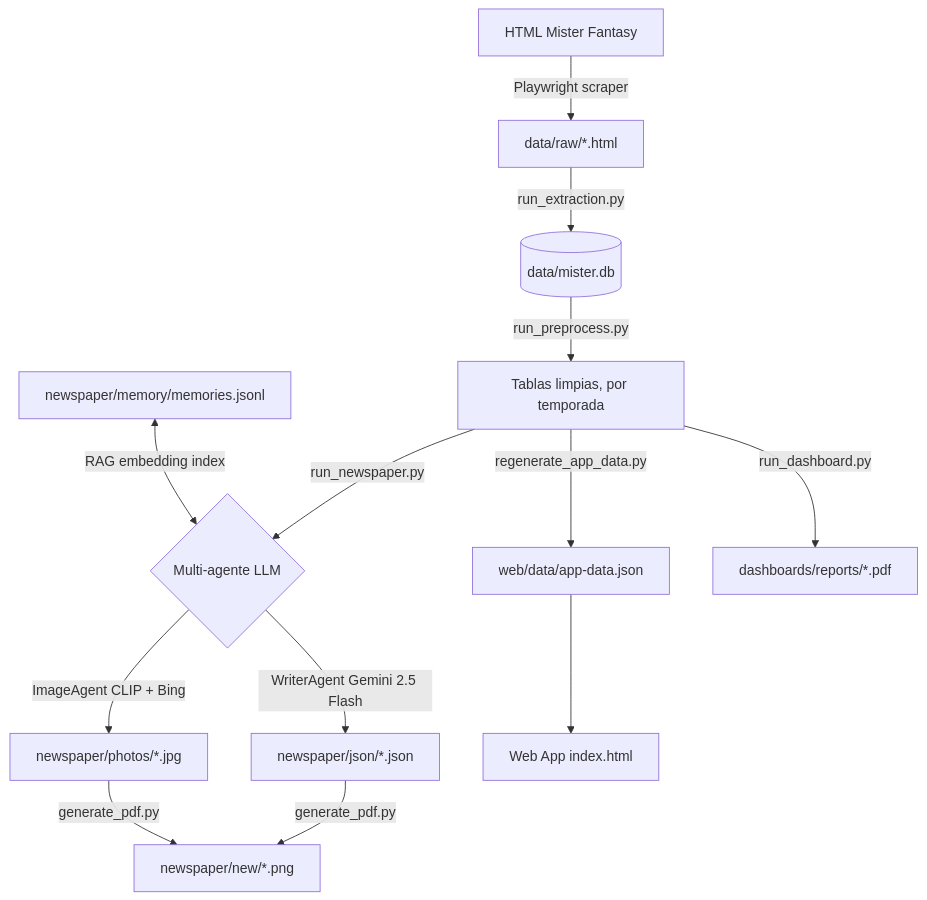
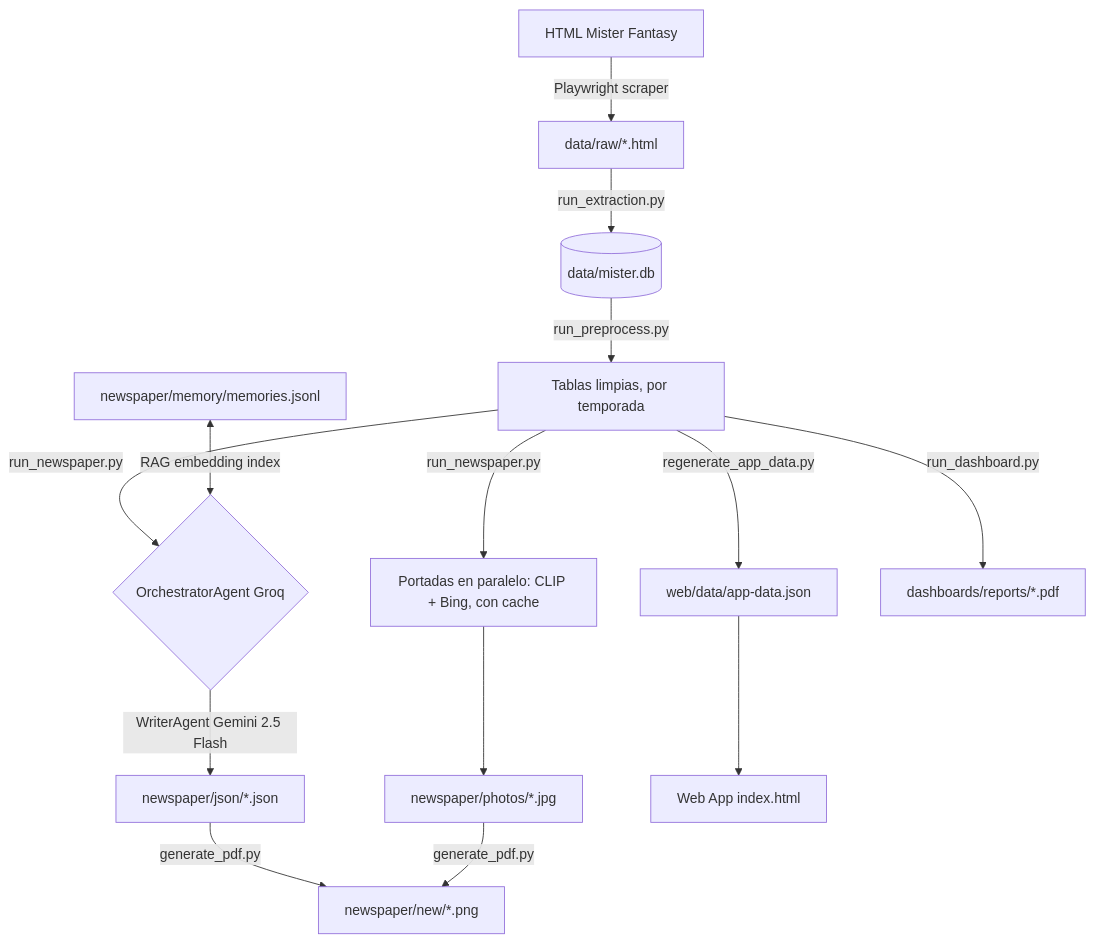
Before and after one commit to javica98/MisterFantasy_analytics: the diagram in README.md, drawn with Mermaid. The commit also changed other lines of this file and 40 other files, not shown here.

````diff
--- a/README.md
+++ b/README.md
@@ -21,18 +21,19 @@
 ```mermaid
 graph TD
     A[HTML Mister Fantasy] -->|Playwright scraper| B[data/raw/*.html]
     B -->|run_extraction.py| C[(data/mister.db)]
     C -->|run_preprocess.py| D[Tablas limpias, por temporada]
 
-    D -->|run_newspaper.py| E{Multi-agente LLM}
+    D -->|run_newspaper.py| P[Portadas en paralelo: CLIP + Bing, con cache]
+    P --> G[newspaper/photos/*.jpg]
+    D -->|run_newspaper.py| E{OrchestratorAgent Groq}
     E -->|WriterAgent Gemini 2.5 Flash| F[newspaper/json/*.json]
-    E -->|ImageAgent CLIP + Bing| G[newspaper/photos/*.jpg]
     F & G -->|generate_pdf.py| H[newspaper/new/*.png]
 
     D -->|regenerate_app_data.py| I[web/data/app-data.json]
     I --> J[Web App index.html]
 
     D -->|run_dashboard.py| K[dashboards/reports/*.pdf]
 
     L[newspaper/memory/memories.jsonl] <-->|RAG embedding index| E
 ```
````
